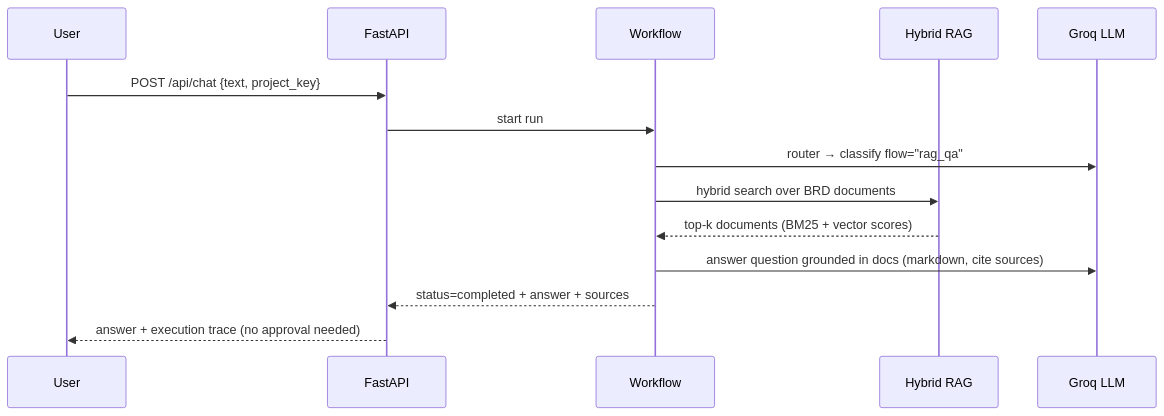
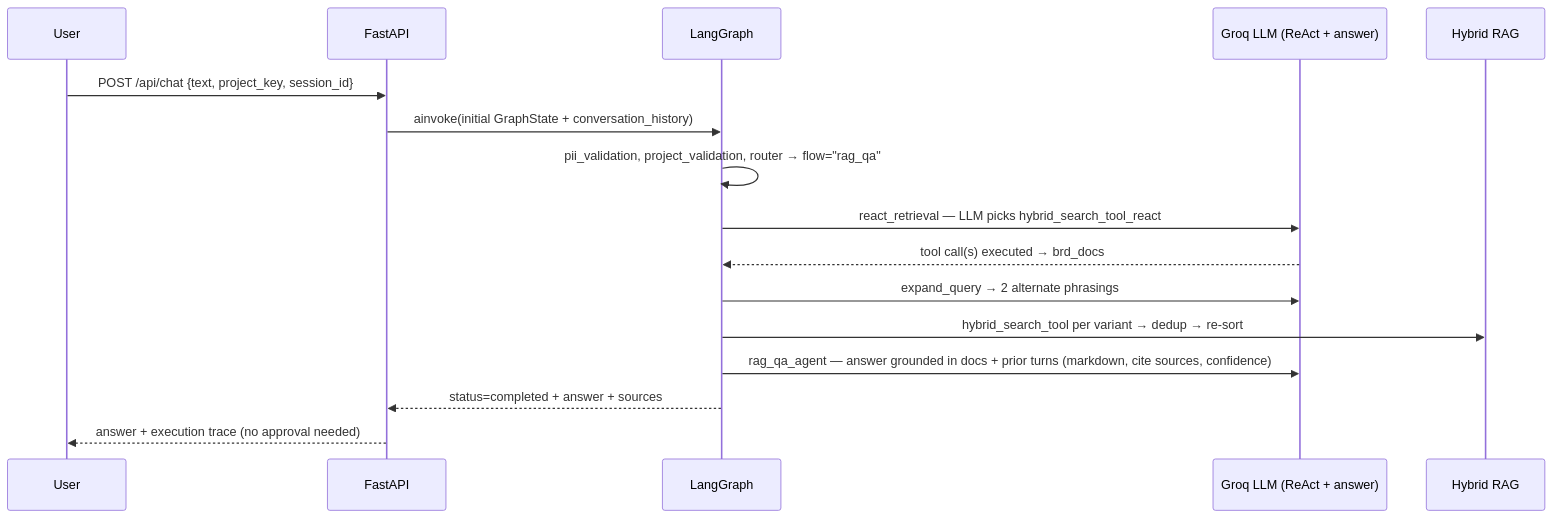
The third of 5 diagrams in docs/SEQUENCE.md (amit2440/jira-ai-agent), drawn with Mermaid before and after one commit. The commit also changed other lines of this file and 31 other files, not shown here.

Commit message:
fix: Docs & Diagrams

````diff
--- a/docs/SEQUENCE.md
+++ b/docs/SEQUENCE.md
@@ -79,17 +86,19 @@
 ```mermaid
 sequenceDiagram
     participant U as User
     participant API as FastAPI
-    participant WF as Workflow
+    participant G as LangGraph
+    participant LLM as Groq LLM (ReAct + answer)
     participant RAG as Hybrid RAG
-    participant LLM as Groq LLM
 
-    U->>API: POST /api/chat {text, project_key}
-    API->>WF: start run
-    WF->>LLM: router → classify flow="rag_qa"
-    WF->>RAG: hybrid search over BRD documents
-    RAG-->>WF: top-k documents (BM25 + vector scores)
-    WF->>LLM: answer question grounded in docs (markdown, cite sources)
-    WF-->>API: status=completed + answer + sources
+    U->>API: POST /api/chat {text, project_key, session_id}
+    API->>G: ainvoke(initial GraphState + conversation_history)
+    G->>G: pii_validation, project_validation, router → flow="rag_qa"
+    G->>LLM: react_retrieval — LLM picks hybrid_search_tool_react
+    LLM-->>G: tool call(s) executed → brd_docs
+    G->>LLM: expand_query → 2 alternate phrasings
+    G->>RAG: hybrid_search_tool per variant → dedup → re-sort
+    G->>LLM: rag_qa_agent — answer grounded in docs + prior turns (markdown, cite sources, confidence)
+    G-->>API: status=completed + answer + sources
     API-->>U: answer + execution trace (no approval needed)
 ```
````
